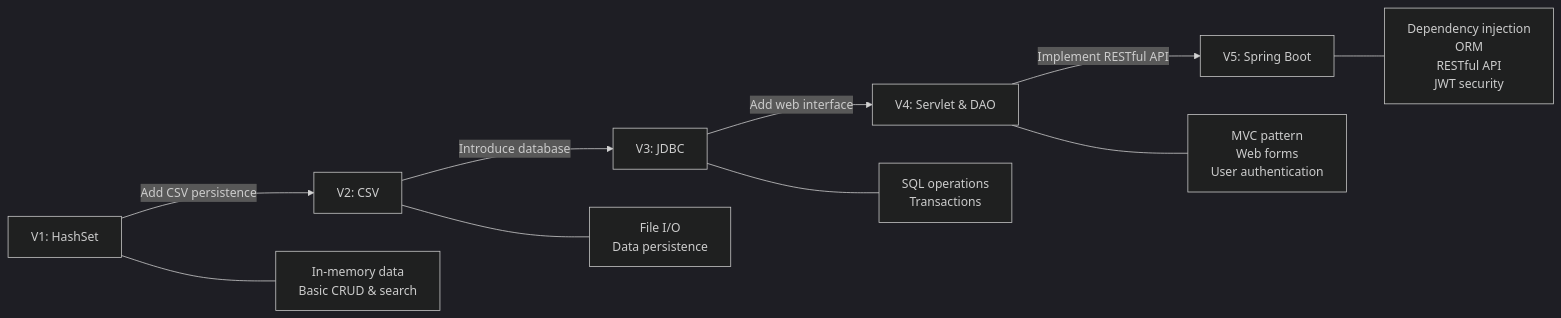
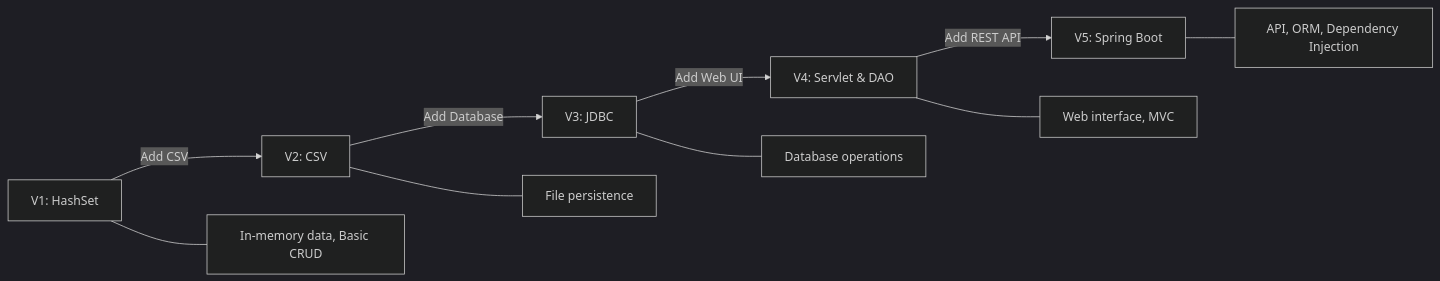
One commit to saraobialero/Bookstore_Java-Evolution-HashSet-IO-JDBC-Servlet-Spring-Boot changed the diagram in README.md. Above: the diagram before and after it, drawn with Mermaid (dark theme).

Commit message:
UPDATED: Readme.md

````diff
--- a/README.md
+++ b/README.md
@@ -19,14 +19,13 @@
 ```mermaid
 graph LR
-    V1[V1: HashSet] -->|Add CSV persistence| V2[V2: CSV]
-    V2 -->|Introduce database| V3[V3: JDBC]
-    V3 -->|Add web interface| V4[V4: Servlet & DAO]
-    V4 -->|Implement RESTful API| V5[V5: Spring Boot]
+    V1[V1: HashSet] -->|Add CSV| V2[V2: CSV]
+    V2 -->|Add Database| V3[V3: JDBC]
+    V3 -->|Add Web UI| V4[V4: Servlet & DAO]
+    V4 -->|Add REST API| V5[V5: Spring Boot]
 
-    V1 --- V1F[In-memory data<br>Basic CRUD & search]
-    V2 --- V2F[File I/O<br>Data persistence]
-    V3 --- V3F[SQL operations <br>Transactions]
-    V4 --- V4F[MVC pattern <br> Web forms <br> User authentication]
-    V5 --- V5F[Dependency injection <br> ORM <br> RESTful API <br> JWT security]
-
+    V1 --- F1[In-memory data, Basic CRUD]
+    V2 --- F2[File persistence]
+    V3 --- F3[Database operations]
+    V4 --- F4[Web interface, MVC]
+    V5 --- F5[API, ORM, Dependency Injection]
 ```
````
